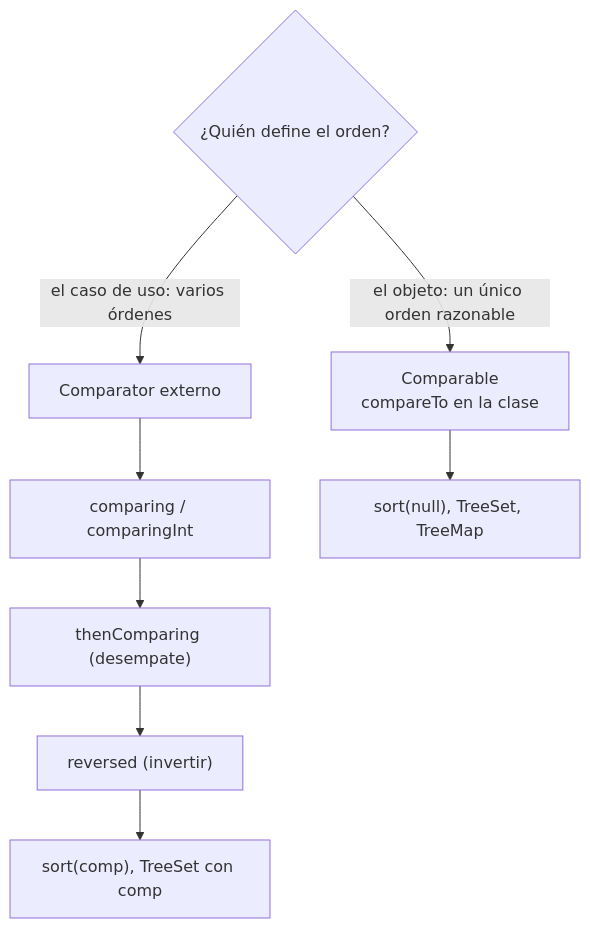
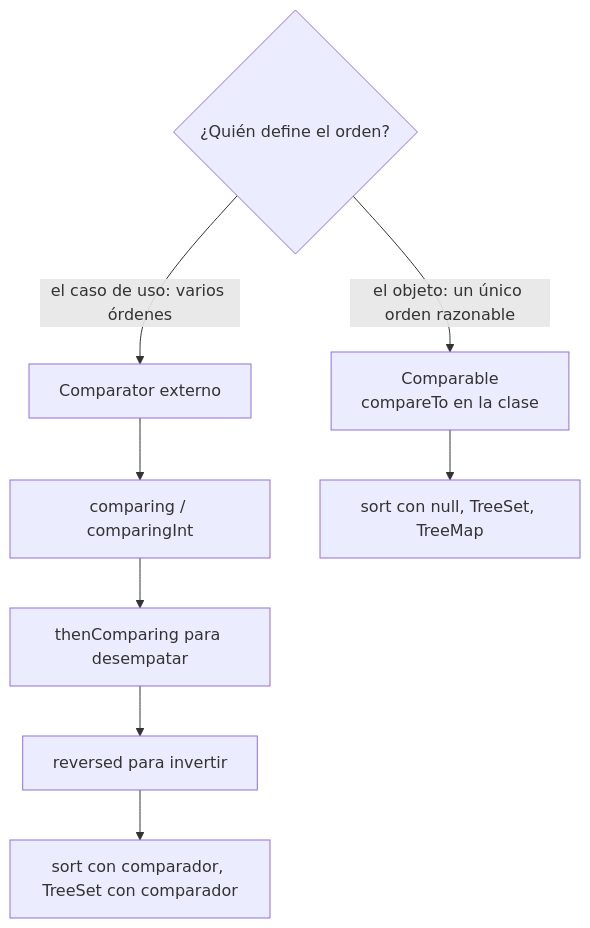
One commit to NICORUIZ93/The_Imperial_Book changed the fifth of 6 diagrams in web/public/content/java/modulo-2.md. Above: the diagram before and after it, drawn with Mermaid. The commit also changed other lines of this file and 65 other files, not shown here.

````diff
--- a/web/public/content/java/modulo-2.md
+++ b/web/public/content/java/modulo-2.md
@@ -1539,10 +1944,10 @@
 ```mermaid
 flowchart TD
   Q{"¿Quién define el orden?"} -->|"el objeto: un único orden razonable"| C["Comparable<br/>compareTo en la clase"]
   Q -->|"el caso de uso: varios órdenes"| K["Comparator externo"]
   K --> K1["comparing / comparingInt"]
-  K1 --> K2["thenComparing (desempate)"]
-  K2 --> K3["reversed (invertir)"]
-  C --> U["sort(null), TreeSet, TreeMap"]
-  K3 --> U2["sort(comp), TreeSet con comp"]
+  K1 --> K2["thenComparing para desempatar"]
+  K2 --> K3["reversed para invertir"]
+  C --> U["sort con null, TreeSet, TreeMap"]
+  K3 --> U2["sort con comparador, TreeSet con comparador"]
 ```
````
